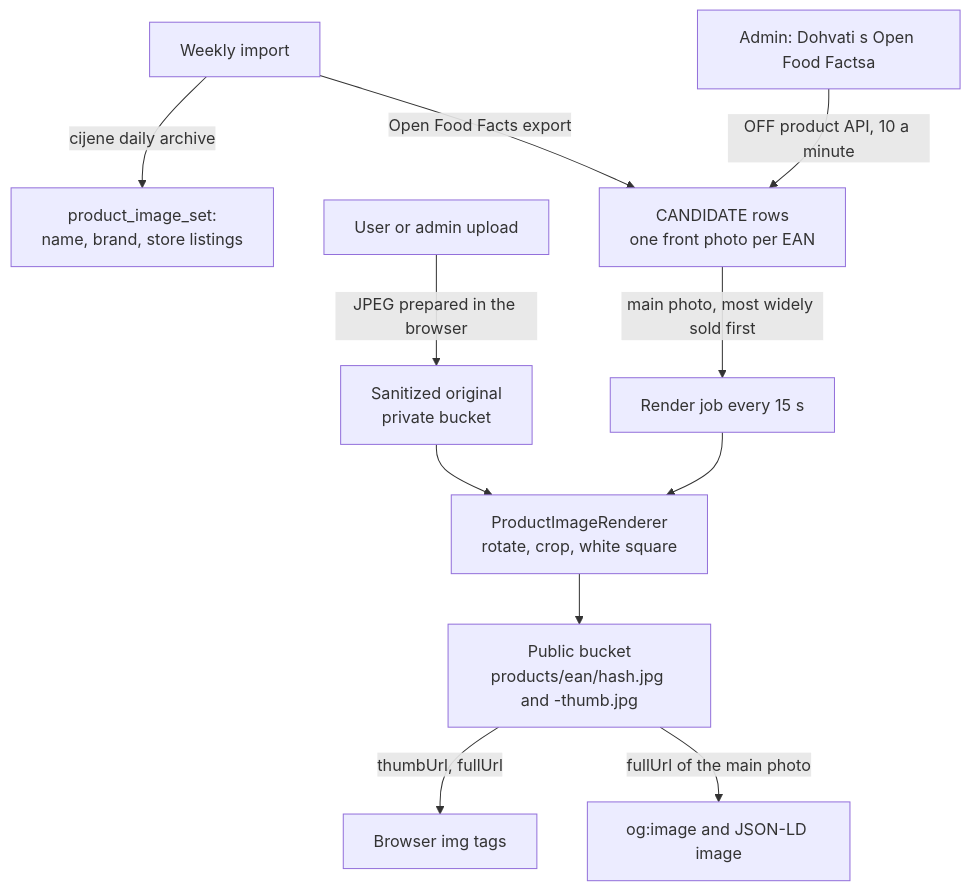
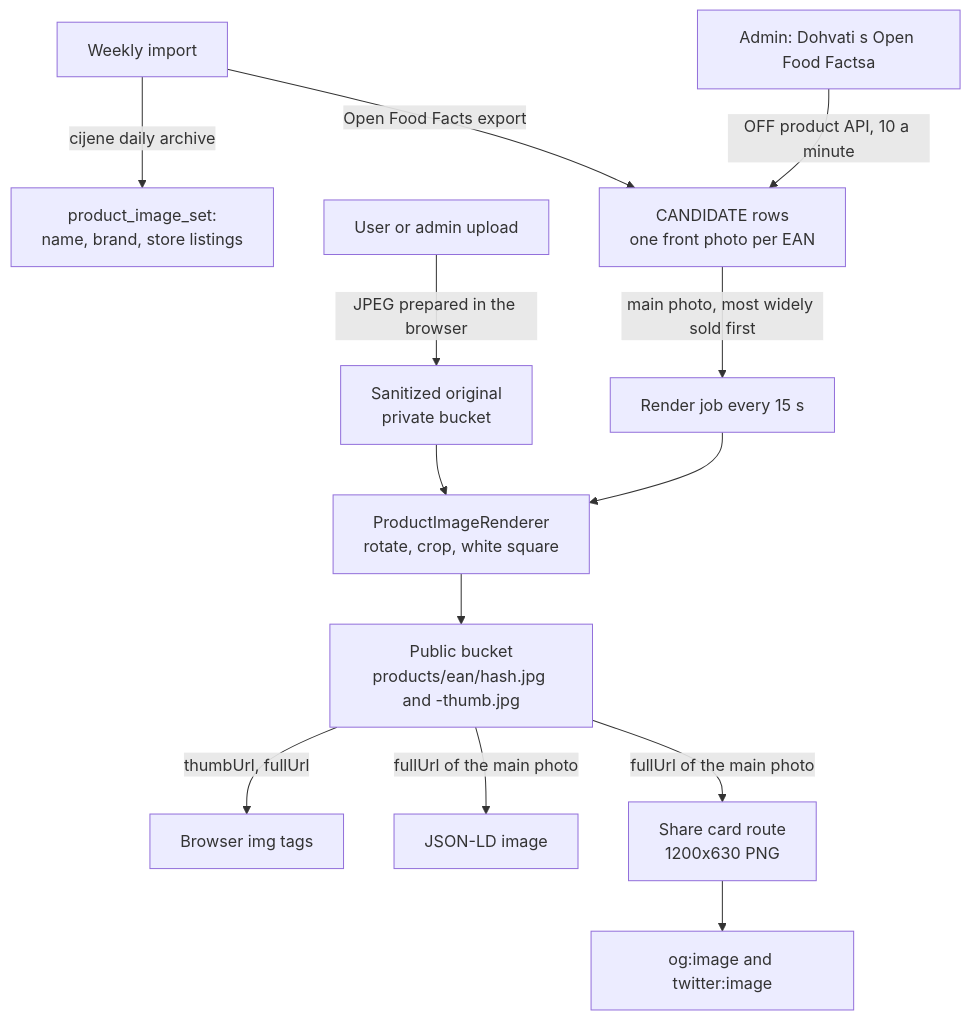
One commit to OffCrazyFreak/Disscount changed the first of 2 diagrams in docs/PRODUCT-IMAGES.md. Above: the diagram before and after it, drawn with Mermaid. The commit also changed other lines of this file and 2 other files, not shown here.

First line of the commit message:
docs(products): Describe the product share card

````diff
--- a/docs/PRODUCT-IMAGES.md
+++ b/docs/PRODUCT-IMAGES.md
@@ -52,13 +52,15 @@
 ```mermaid
 flowchart TD
     W[Weekly import] -->|cijene daily archive| S[product_image_set:<br/>name, brand, store listings]
     W -->|Open Food Facts export| C[CANDIDATE rows<br/>one front photo per EAN]
     A[Admin: Dohvati s Open Food Factsa] -->|OFF product API, 10 a minute| C
     U[User or admin upload] -->|JPEG prepared in the browser| O[Sanitized original<br/>private bucket]
     O --> R
     C -->|main photo, most widely sold first| J[Render job every 15 s]
     J --> R[ProductImageRenderer<br/>rotate, crop, white square]
     R --> P["Public bucket<br/>products/ean/hash.jpg and -thumb.jpg"]
     P -->|thumbUrl, fullUrl| B[Browser img tags]
-    P -->|fullUrl of the main photo| SEO[og:image and JSON-LD image]
+    P -->|fullUrl of the main photo| LD[JSON-LD image]
+    P -->|fullUrl of the main photo| CARD["Share card route<br/>1200x630 PNG"]
+    CARD --> SEO[og:image and twitter:image]
 ```
````
